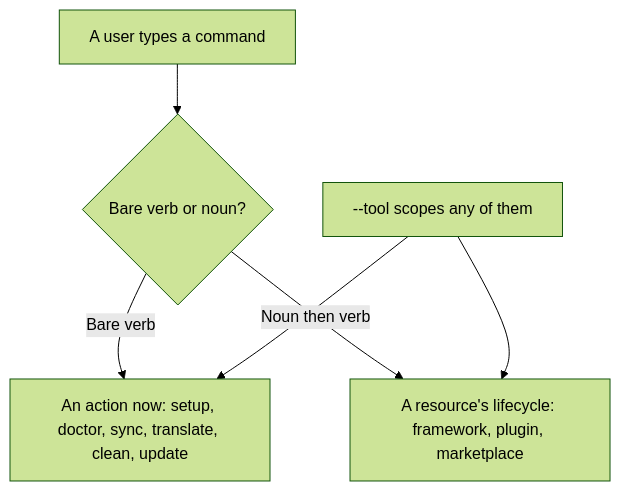
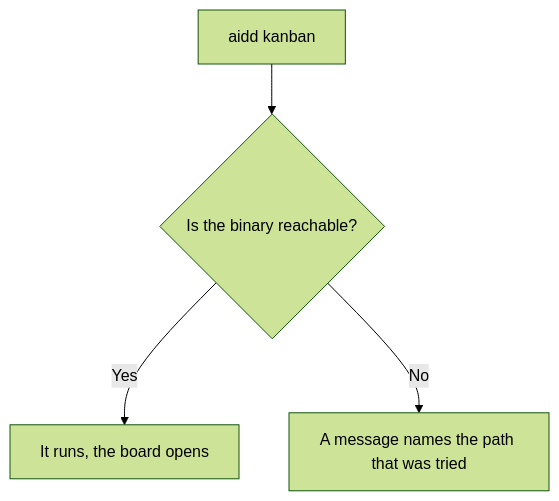
The first of 2 diagrams in cli/aidd_docs/tasks/2026_08/2026_08_20_refactor-contextes-cli/phase-16.md (ai-driven-dev/aidd-framework), drawn with Mermaid (forest theme) before and after one commit. The commit also changed other lines of this file and 17 other files, not shown here.

````diff
--- a/cli/aidd_docs/tasks/2026_08/2026_08_20_refactor-contextes-cli/phase-16.md
+++ b/cli/aidd_docs/tasks/2026_08/2026_08_20_refactor-contextes-cli/phase-16.md
@@ -39,8 +31,6 @@
 ```mermaid
 flowchart TD
-  A[A user types a command] --> B{Bare verb or noun?}
-  B -->|Bare verb| C[An action now: setup, doctor, sync, translate, clean, update]
-  B -->|Noun then verb| D[A resource's lifecycle: framework, plugin, marketplace]
-  E[--tool scopes any of them] --> C
-  E --> D
+  A[aidd kanban] --> B{Is the binary reachable?}
+  B -->|Yes| C[It runs, the board opens]
+  B -->|No| D[A message names the path that was tried]
 ```
````
